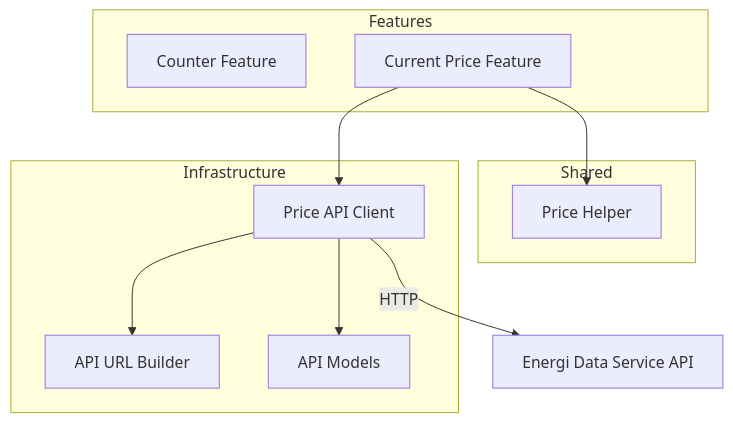
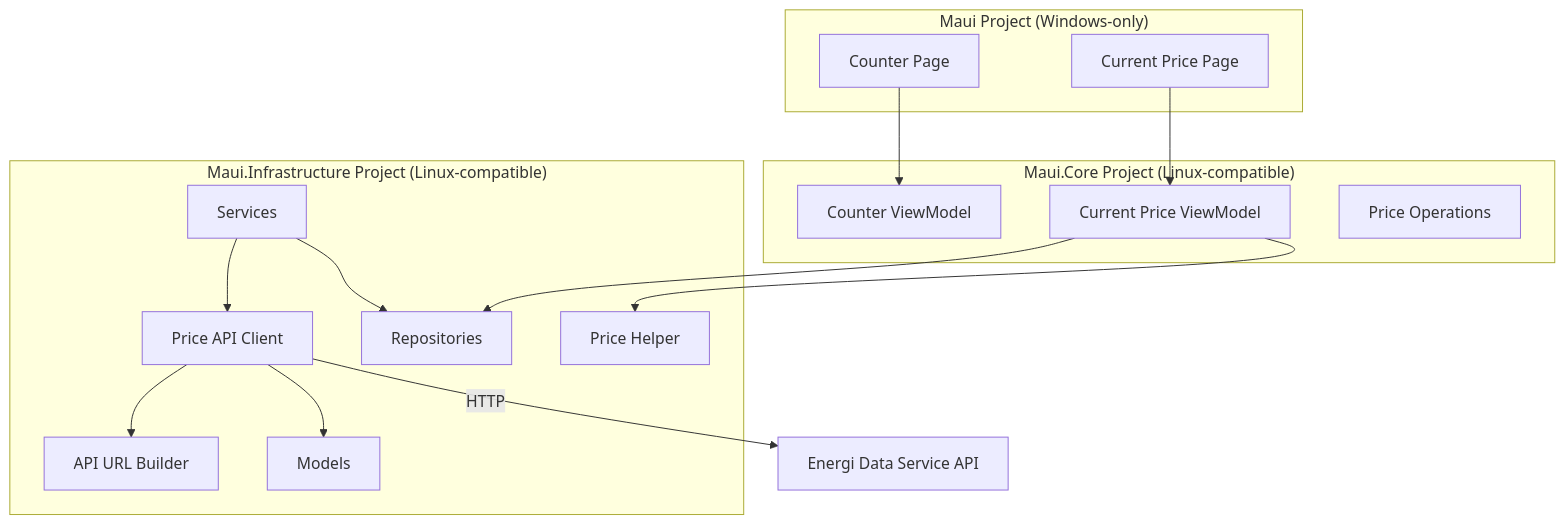
The first of 4 diagrams in docs/architecture.md (henmyg/exploration), drawn with Mermaid before and after one commit. The commit also changed other lines of this file and 24 other files, not shown here.

Commit message:
Move ViewModels and Service to Core project for faster pipeline-magic

````diff
--- a/docs/architecture.md
+++ b/docs/architecture.md
@@ -9,25 +9,34 @@
 ```mermaid
 graph TB
-    subgraph Features
-        Counter[Counter Feature]
-        CurrentPrice[Current Price Feature]
+    subgraph "Maui Project (Windows-only)"
+        CounterPage[Counter Page]
+        PricePage[Current Price Page]
     end
 
-    subgraph Shared
-        PriceHelper[Price Helper]
+    subgraph "Maui.Core Project (Linux-compatible)"
+        CounterVM[Counter ViewModel]
+        PriceVM[Current Price ViewModel]
+        PriceOps[Price Operations]
     end
 
-    subgraph Infrastructure
+    subgraph "Maui.Infrastructure Project (Linux-compatible)"
+        Repos[Repositories]
+        Services[Services]
+        Models[Models]
         ApiClient[Price API Client]
         UrlBuilder[API URL Builder]
-        Models[API Models]
+        PriceHelper[Price Helper]
     end
 
     API[Energi Data Service API]
 
-    CurrentPrice --> PriceHelper
-    CurrentPrice --> ApiClient
+    CounterPage --> CounterVM
+    PricePage --> PriceVM
+    PriceVM --> Repos
+    PriceVM --> PriceHelper
+    Services --> ApiClient
+    Services --> Repos
     ApiClient --> UrlBuilder
     ApiClient --> Models
     ApiClient -->|HTTP| API
 ```
````
